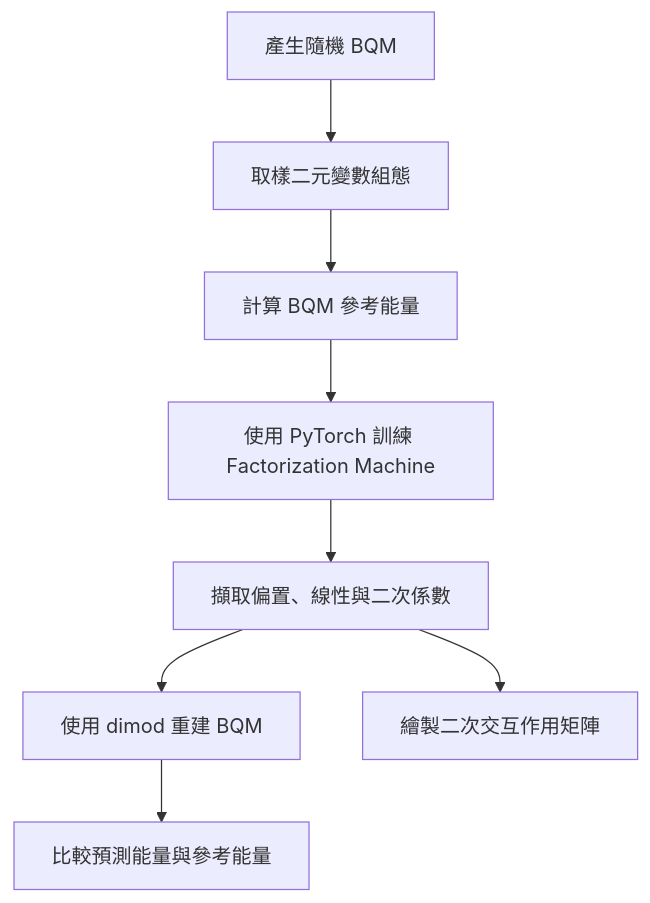
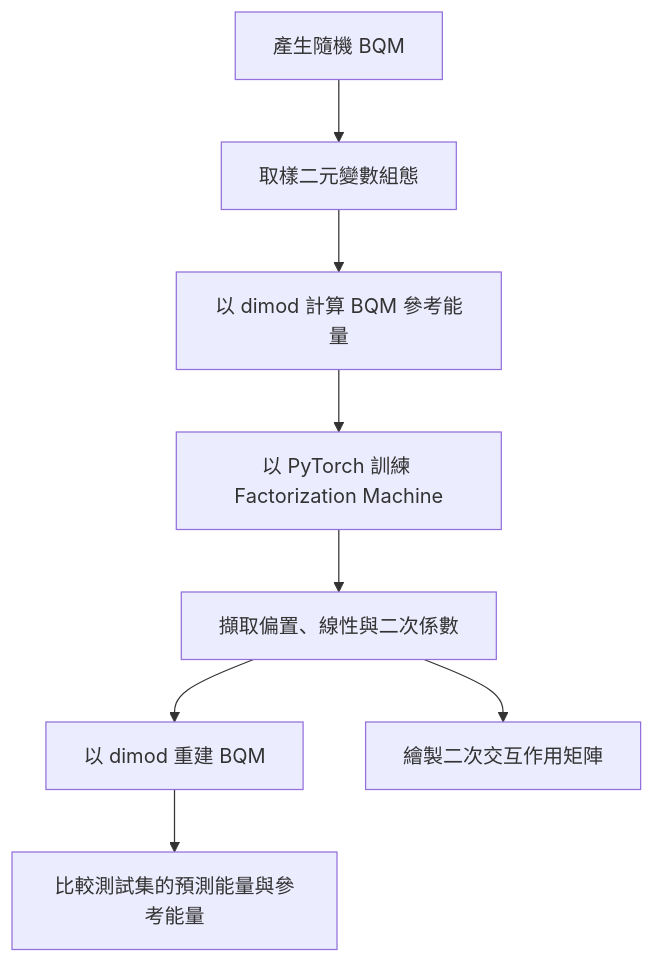
The diagram in README.md (Oscar7769/Factorization_Machine_in_PyTorch), drawn with Mermaid before and after one commit. The commit also changed other lines of this file, not shown here.

```diff
--- a/README.md
+++ b/README.md
@@ -91,10 +101,10 @@
 ~~~mermaid
 flowchart TD
     A["產生隨機 BQM"] --> B["取樣二元變數組態"]
-    B --> C["計算 BQM 參考能量"]
-    C --> D["使用 PyTorch 訓練 Factorization Machine"]
+    B --> C["以 dimod 計算 BQM 參考能量"]
+    C --> D["以 PyTorch 訓練 Factorization Machine"]
     D --> E["擷取偏置、線性與二次係數"]
-    E --> F["使用 dimod 重建 BQM"]
-    F --> G["比較預測能量與參考能量"]
+    E --> F["以 dimod 重建 BQM"]
+    F --> G["比較測試集的預測能量與參考能量"]
     E --> H["繪製二次交互作用矩陣"]
 ~~~
```
